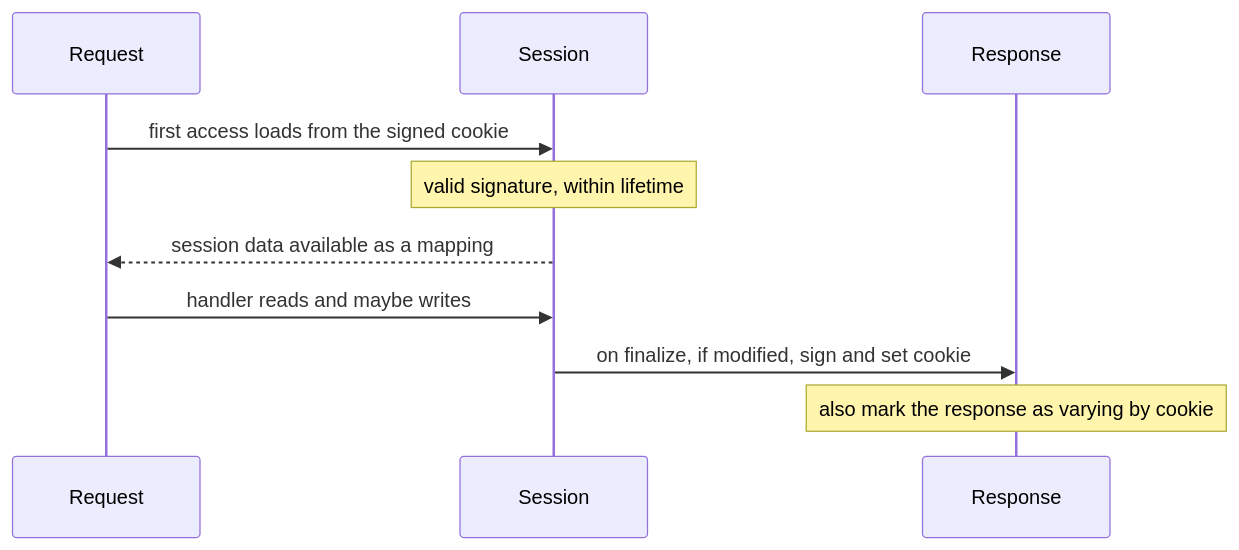
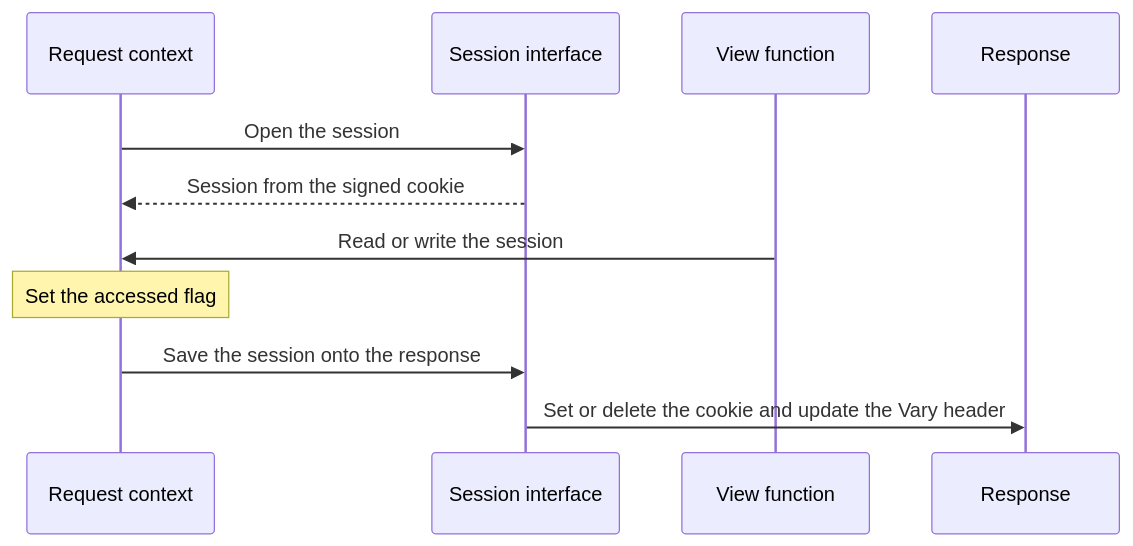
One commit to KeunwooPark/cluedoc changed the second of 3 diagrams in docs/examples/flask/.cluedoc/sessions-and-secure-cookies/README.md. Above: the diagram before and after it, drawn with Mermaid. The commit also changed other lines of this file and 22 other files, not shown here.

````diff
--- a/docs/examples/flask/.cluedoc/sessions-and-secure-cookies/README.md
+++ b/docs/examples/flask/.cluedoc/sessions-and-secure-cookies/README.md
@@ -50,12 +61,13 @@
 ```mermaid
 sequenceDiagram
-    participant Req as Request
-    participant Sess as Session
+    participant Ctx as Request context
+    participant SI as Session interface
+    participant View as View function
     participant Resp as Response
-    Req->>Sess: first access loads from the signed cookie
-    Note over Sess: valid signature, within lifetime
-    Sess-->>Req: session data available as a mapping
-    Req->>Sess: handler reads and maybe writes
-    Sess->>Resp: on finalize, if modified, sign and set cookie
-    Note over Resp: also mark the response as varying by cookie
+    Ctx->>SI: Open the session
+    SI-->>Ctx: Session from the signed cookie
+    View->>Ctx: Read or write the session
+    Note over Ctx: Set the accessed flag
+    Ctx->>SI: Save the session onto the response
+    SI->>Resp: Set or delete the cookie and update the Vary header
 ```
````
